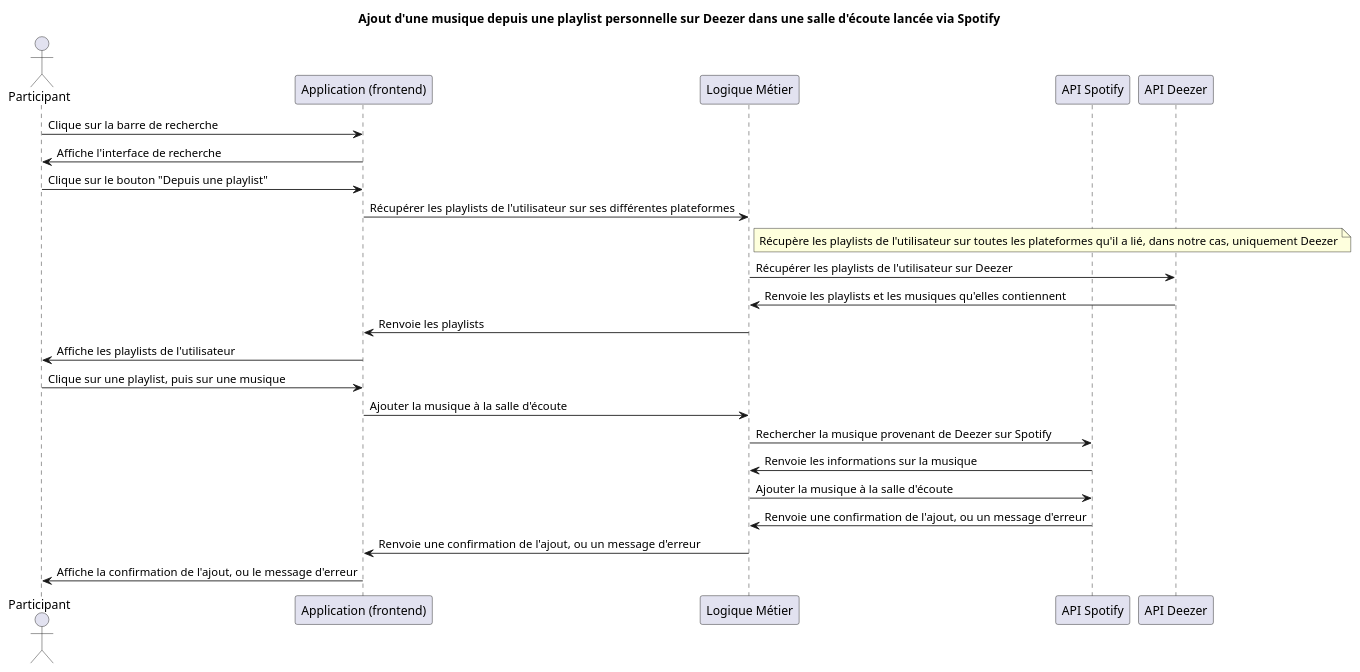
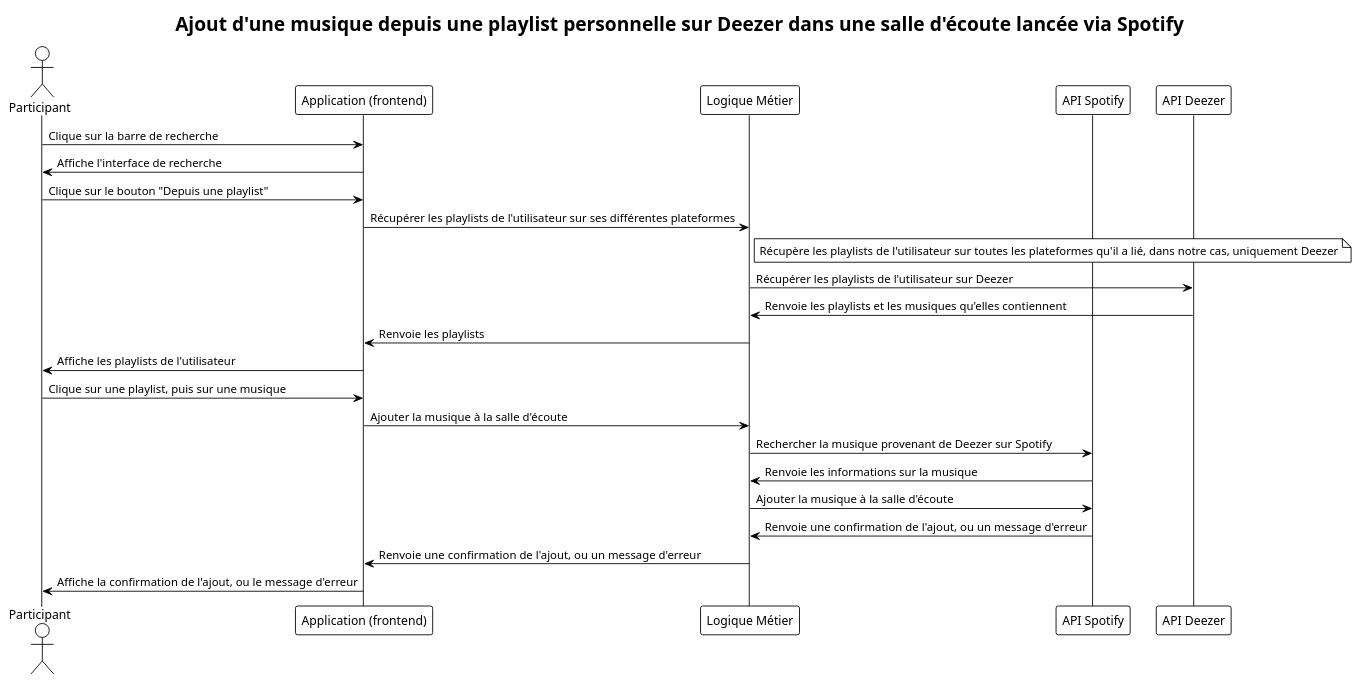
Before and after one commit to datsmysong/app: the diagram in Document du projet/Etude préalable/Diagrammes/Diagrammes de séquence/ajout_musique_dans_file_d_attente.puml, drawn with PlantUML. The commit also changed 7 other files, not shown here.

Commit message:
chore: updated theme of diagrams

```diff
--- a/Document du projet/Etude préalable/Diagrammes/Diagrammes de séquence/ajout_musique_dans_file_d_attente.puml
+++ b/Document du projet/Etude préalable/Diagrammes/Diagrammes de séquence/ajout_musique_dans_file_d_attente.puml
@@ -1,28 +1,29 @@
-@startuml Ajout d'une musique depuis une playlist personnelle sur Deezer dans une salle d'écoute lancée via Spotify
+@startuml ajout_musique_dans_file_d_attente
 title Ajout d'une musique depuis une playlist personnelle sur Deezer dans une salle d'écoute lancée via Spotify
+!theme plain
 
 actor Participant as User
 participant App as "Application (frontend)"
 participant LogiqueMetier as "Logique Métier"
 participant SpotifyAPI as "API Spotify"
 participant DeezerAPI as "API Deezer"
 
 User -> App: Clique sur la barre de recherche
 User <- App: Affiche l'interface de recherche
 User -> App: Clique sur le bouton "Depuis une playlist"
 App -> LogiqueMetier: Récupérer les playlists de l'utilisateur sur ses différentes plateformes
 note right of LogiqueMetier: Récupère les playlists de l'utilisateur sur toutes les plateformes qu'il a lié, dans notre cas, uniquement Deezer
 LogiqueMetier -> DeezerAPI: Récupérer les playlists de l'utilisateur sur Deezer
 LogiqueMetier <- DeezerAPI: Renvoie les playlists et les musiques qu'elles contiennent
 App <- LogiqueMetier: Renvoie les playlists
 User <- App: Affiche les playlists de l'utilisateur
 User -> App: Clique sur une playlist, puis sur une musique
 App -> LogiqueMetier: Ajouter la musique à la salle d'écoute
 LogiqueMetier -> SpotifyAPI: Rechercher la musique provenant de Deezer sur Spotify
 SpotifyAPI -> LogiqueMetier: Renvoie les informations sur la musique
 LogiqueMetier -> SpotifyAPI: Ajouter la musique à la salle d'écoute
 SpotifyAPI -> LogiqueMetier: Renvoie une confirmation de l'ajout, ou un message d'erreur
 App <- LogiqueMetier: Renvoie une confirmation de l'ajout, ou un message d'erreur
 User <- App: Affiche la confirmation de l'ajout, ou le message d'erreur
 
 @enduml
```
